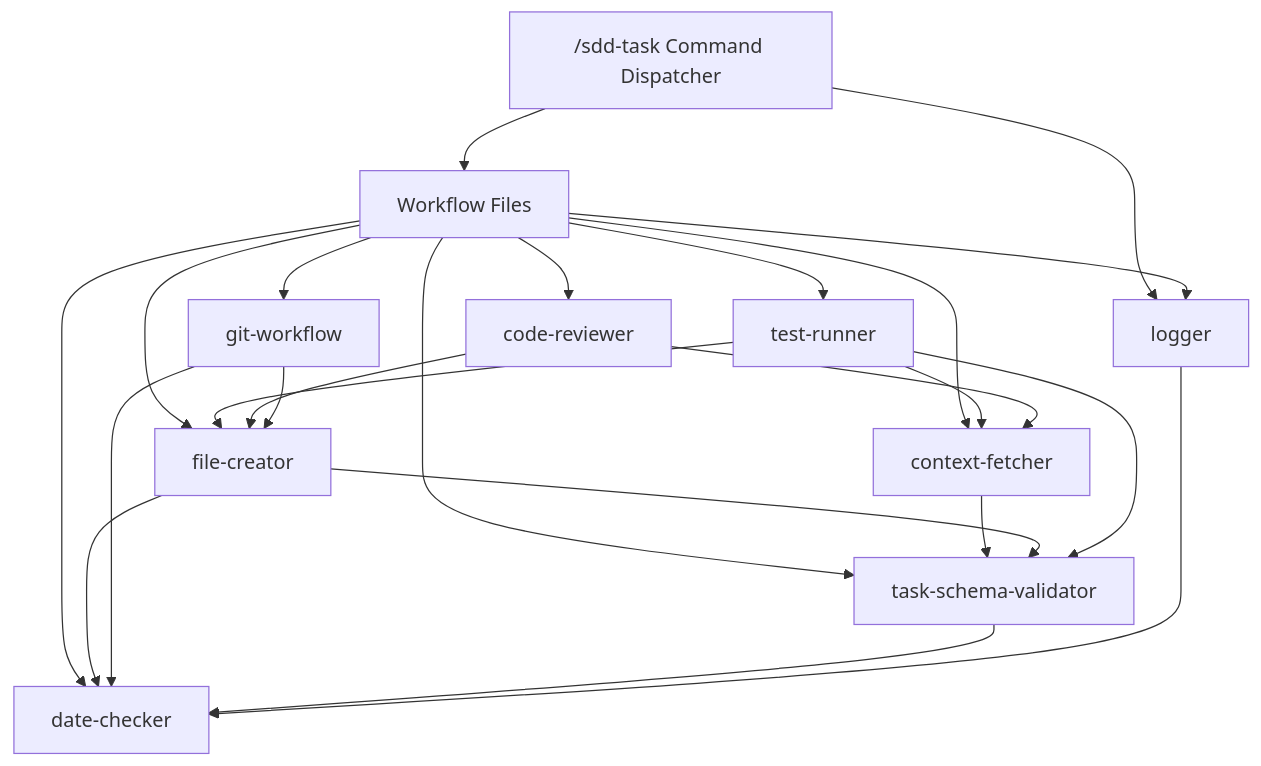
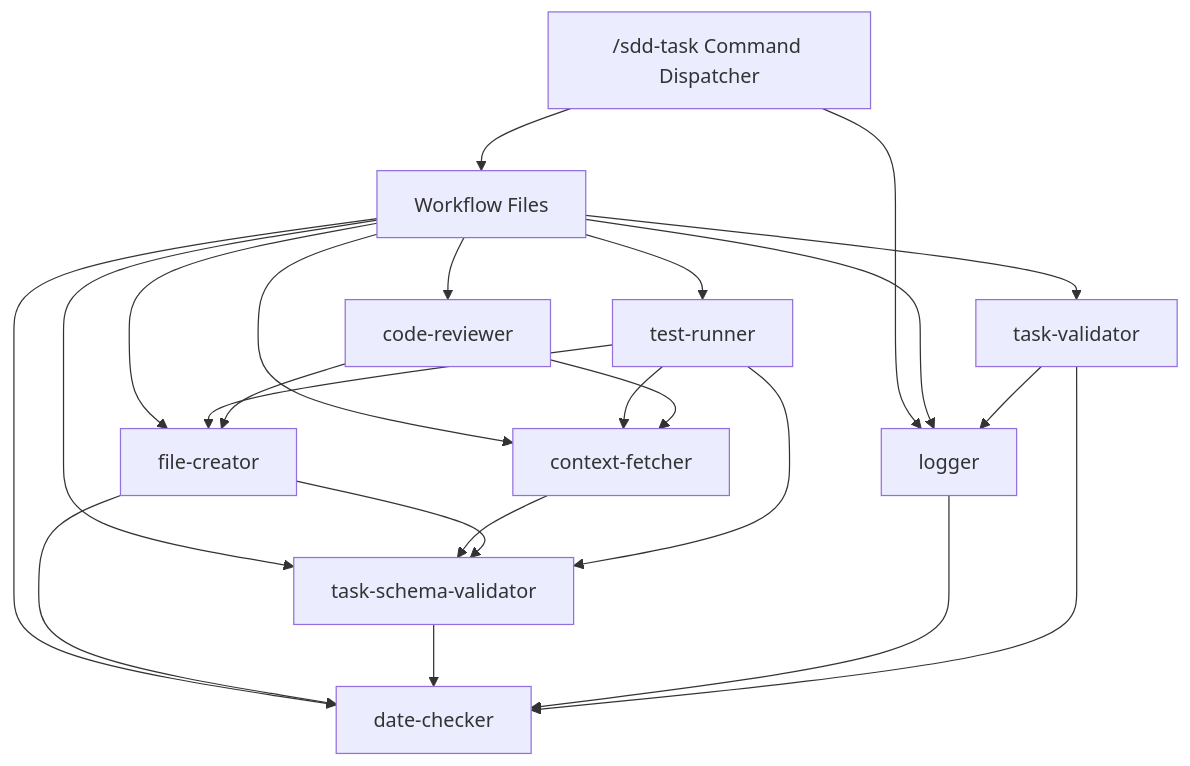
Before and after one commit to ai-ventures-hub/agent-sdd: the diagram in .claude/docs/dependency-flow.md, drawn with Mermaid. The commit also changed other lines of this file and 10 other files, not shown here.

````diff
--- a/.claude/docs/dependency-flow.md
+++ b/.claude/docs/dependency-flow.md
@@ -28,27 +28,27 @@
 ```mermaid
 graph TD
     CMD["/sdd-task Command Dispatcher"] --> LOG[logger]
     CMD --> WF[Workflow Files]
     
     WF --> TSV[task-schema-validator]
     WF --> CF[context-fetcher]
     WF --> FC[file-creator]
     WF --> DC[date-checker]
     WF --> TR[test-runner]
     WF --> CR[code-reviewer]
-    WF --> GW[git-workflow]
+    WF --> TV[task-validator]
     WF --> LOG
     
     CF --> TSV
     FC --> TSV
     FC --> DC
     TR --> CF
     TR --> FC
     TR --> TSV
     CR --> CF
     CR --> FC
-    GW --> FC
-    GW --> DC
     TSV --> DC
     LOG --> DC
+    TV --> LOG
+    TV --> DC
 ```
````
